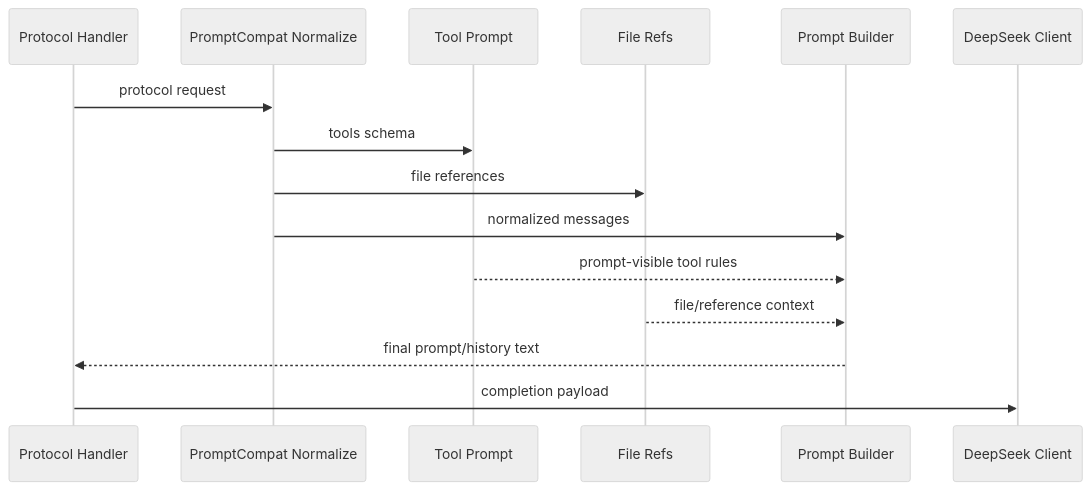
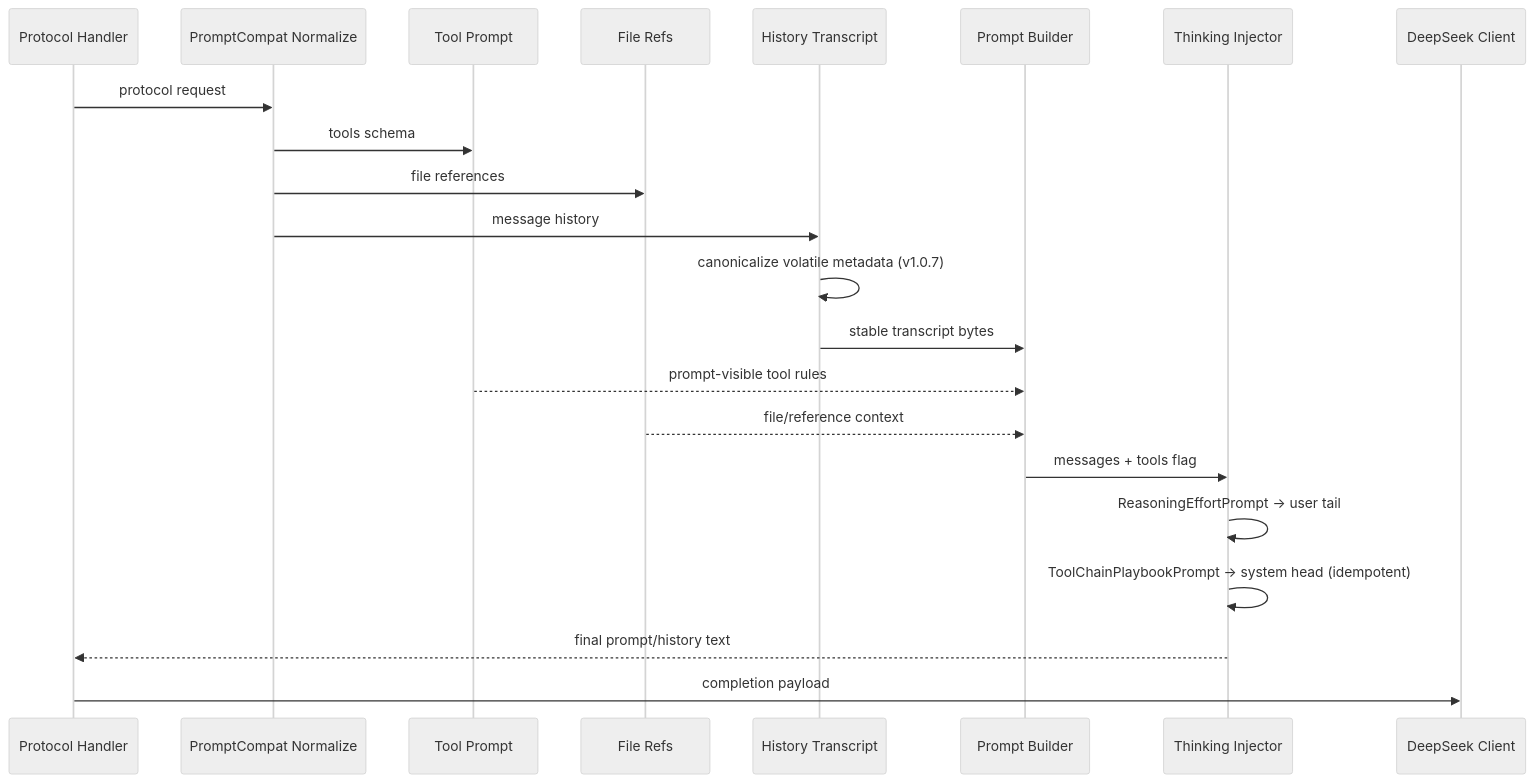
The second of 2 diagrams in docs/prompt-compatibility.md (marklove5102/DeepSeek_Web_To_API), drawn with Mermaid (neutral theme) before and after one commit. The commit also changed other lines of this file and 17 other files, not shown here.

````diff
--- a/docs/prompt-compatibility.md
+++ b/docs/prompt-compatibility.md
@@ -101,17 +125,24 @@
 ```mermaid
 sequenceDiagram
 participant Surface as Protocol Handler
 participant Normalize as PromptCompat Normalize
 participant Tool as Tool Prompt
 participant Files as File Refs
+participant Transcript as History Transcript
 participant Build as Prompt Builder
+participant Inject as Thinking Injector
 participant DS as DeepSeek Client
 Surface->>Normalize: protocol request
 Normalize->>Tool: tools schema
 Normalize->>Files: file references
-Normalize->>Build: normalized messages
+Normalize->>Transcript: message history
+Transcript->>Transcript: canonicalize volatile metadata (v1.0.7)
+Transcript->>Build: stable transcript bytes
 Tool-->>Build: prompt-visible tool rules
 Files-->>Build: file/reference context
-Build-->>Surface: final prompt/history text
+Build->>Inject: messages + tools flag
+Inject->>Inject: ReasoningEffortPrompt → user tail
+Inject->>Inject: ToolChainPlaybookPrompt → system head (idempotent)
+Inject-->>Surface: final prompt/history text
 Surface->>DS: completion payload
 ```
````
